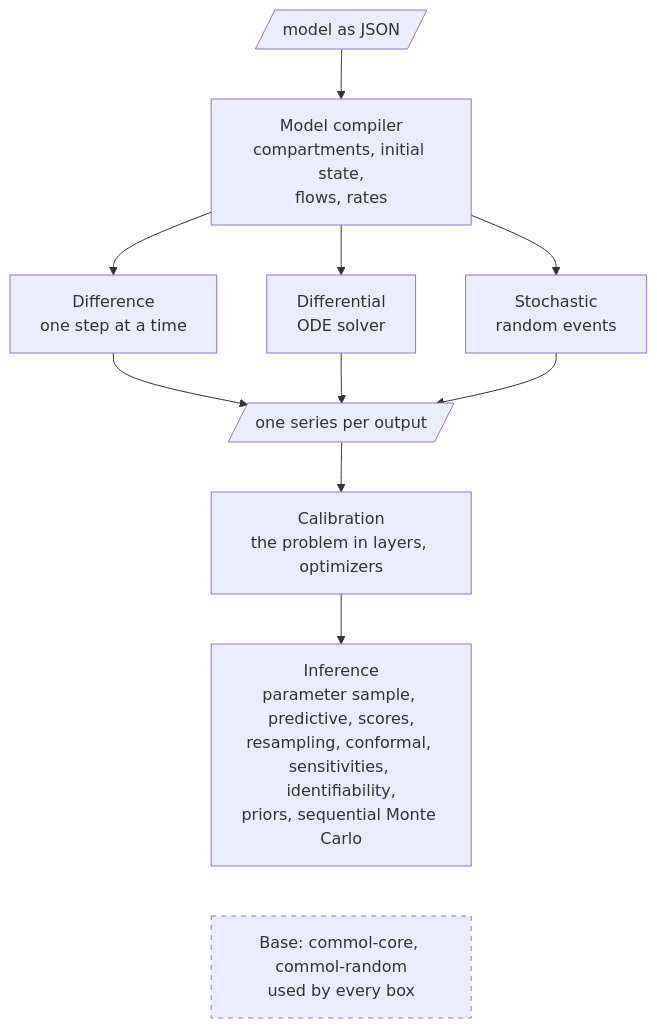
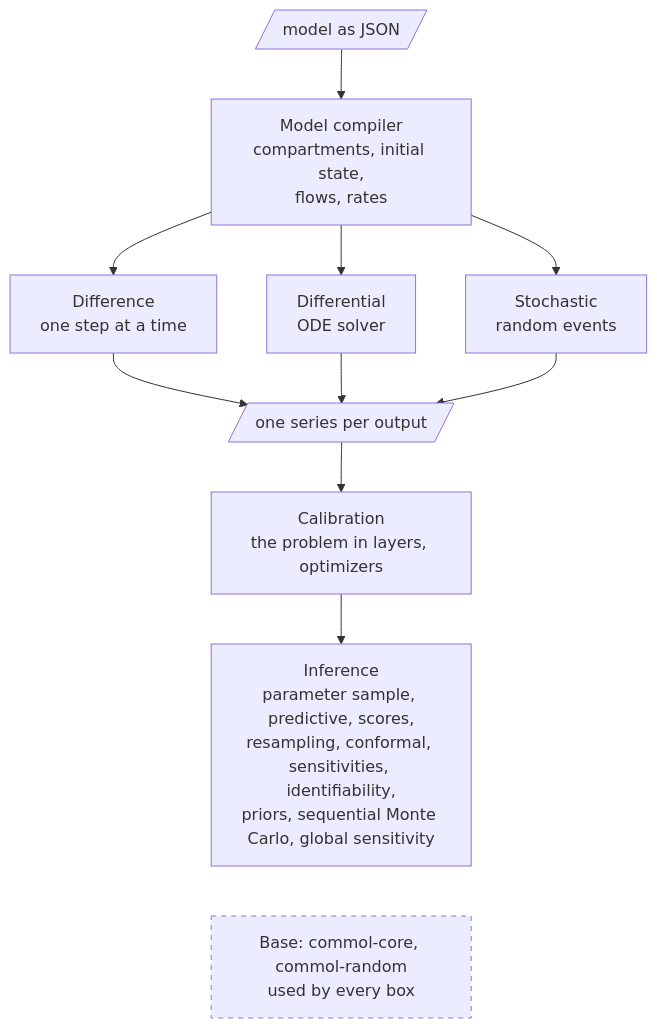
The second of 3 diagrams in docs/codebase/architecture.md (MUNQU/commol), drawn with Mermaid before and after one commit. The commit also changed other lines of this file and 64 other files, not shown here.

Commit message:
feat(inference): global sensitivity analysis and uncertainty propagation

````diff
--- a/docs/codebase/architecture.md
+++ b/docs/codebase/architecture.md
@@ -47,20 +47,20 @@
 ```mermaid
 flowchart TB
     J[/model as JSON/]
     M["Model compiler<br/>compartments, initial state,<br/>flows, rates"]
     E1["Difference<br/>one step at a time"]
     E2["Differential<br/>ODE solver"]
     E3["Stochastic<br/>random events"]
     O[/one series per output/]
     C["Calibration<br/>the problem in layers, optimizers"]
-    I["Inference<br/>parameter sample, predictive, scores,<br/>resampling, conformal, sensitivities, identifiability,<br/>priors, sequential Monte Carlo"]
+    I["Inference<br/>parameter sample, predictive, scores,<br/>resampling, conformal, sensitivities, identifiability,<br/>priors, sequential Monte Carlo, global sensitivity"]
     F["Base: commol-core, commol-random<br/>used by every box"]
     J --> M
     M --> E1 & E2 & E3
     E1 & E2 & E3 --> O
     O --> C
     C --> I
     I ~~~ F
     classDef base stroke-dasharray: 5 5
     class F base
 ```
````
